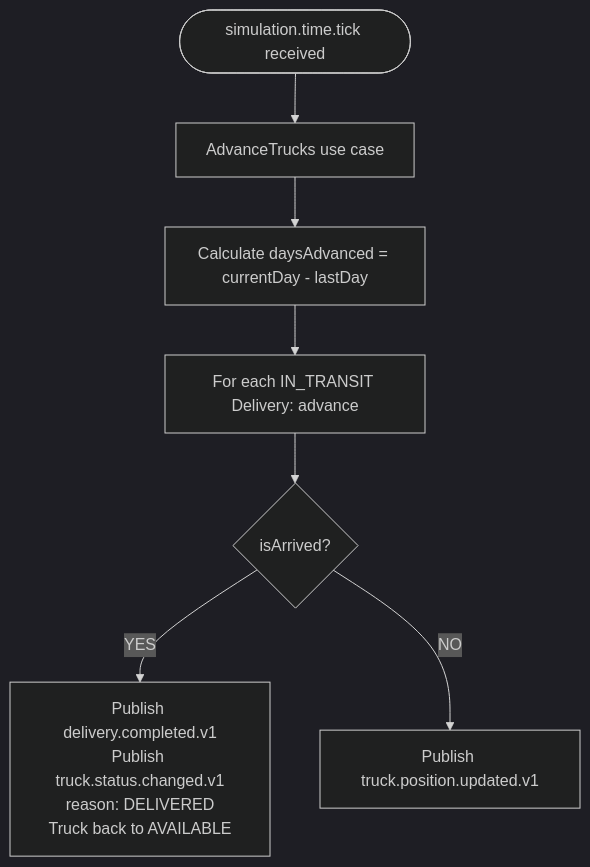
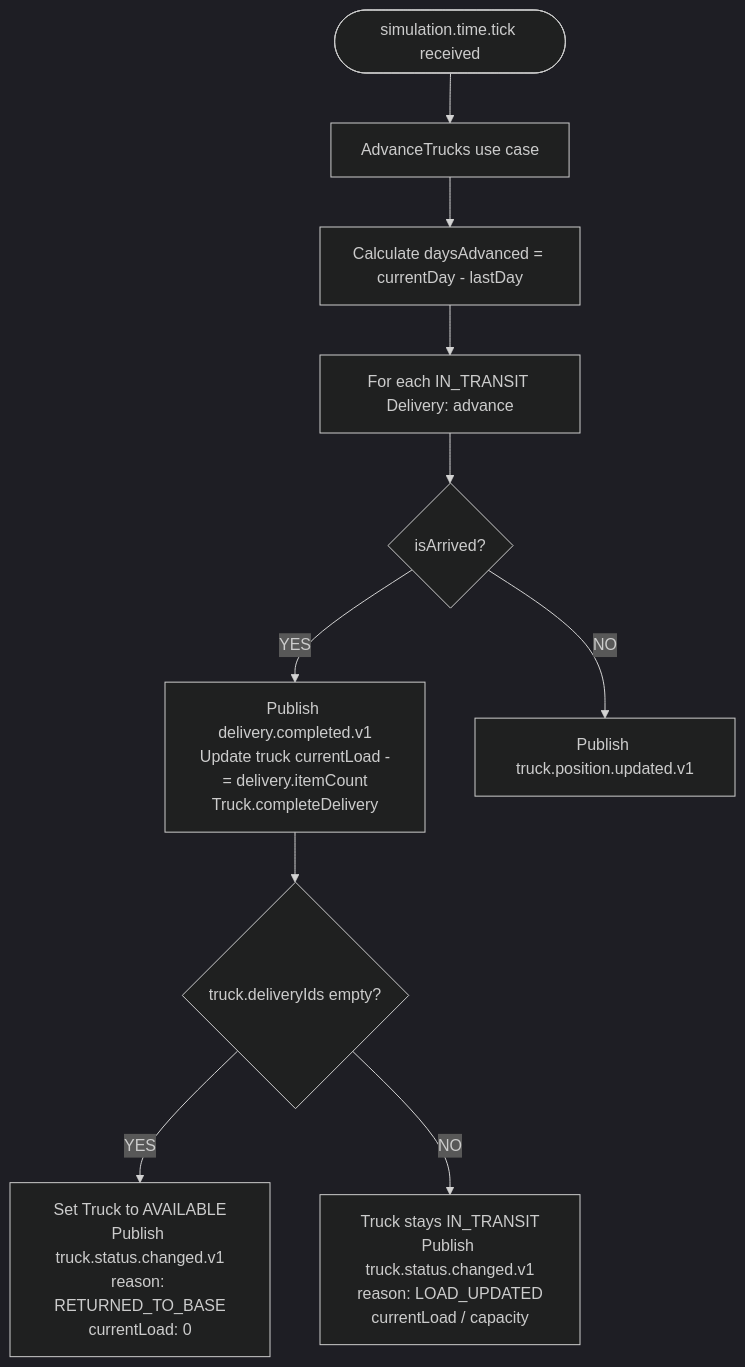
Before and after one commit to PauLopNun/workshop-suministros: the fifth of 6 diagrams in transport/ddd.md, drawn with Mermaid (dark theme). The commit also changed other lines of this file, not shown here.

Commit message:
docs: update domain model to support multi-delivery trucks

````diff
--- a/transport/ddd.md
+++ b/transport/ddd.md
@@ -118,10 +126,13 @@
 ```mermaid
 flowchart TD
     UC2([simulation.time.tick received])
     UC2 --> B1[AdvanceTrucks use case]
     B1 --> B2[Calculate daysAdvanced = currentDay - lastDay]
     B2 --> B3[For each IN_TRANSIT Delivery: advance]
     B3 --> B4{isArrived?}
-    B4 -->|YES| B5[Publish delivery.completed.v1\nPublish truck.status.changed.v1\nreason: DELIVERED\nTruck back to AVAILABLE]
-    B4 -->|NO| B6[Publish truck.position.updated.v1]
+    B4 -->|YES| B5[Publish delivery.completed.v1\nUpdate truck currentLoad -= delivery.itemCount\nTruck.completeDelivery]
+    B5 --> B6{truck.deliveryIds empty?}
+    B6 -->|YES| B7[Set Truck to AVAILABLE\nPublish truck.status.changed.v1\nreason: RETURNED_TO_BASE\ncurrentLoad: 0]
+    B6 -->|NO| B8[Truck stays IN_TRANSIT\nPublish truck.status.changed.v1\nreason: LOAD_UPDATED\ncurrentLoad / capacity]
+    B4 -->|NO| B9[Publish truck.position.updated.v1]
 ```
````
